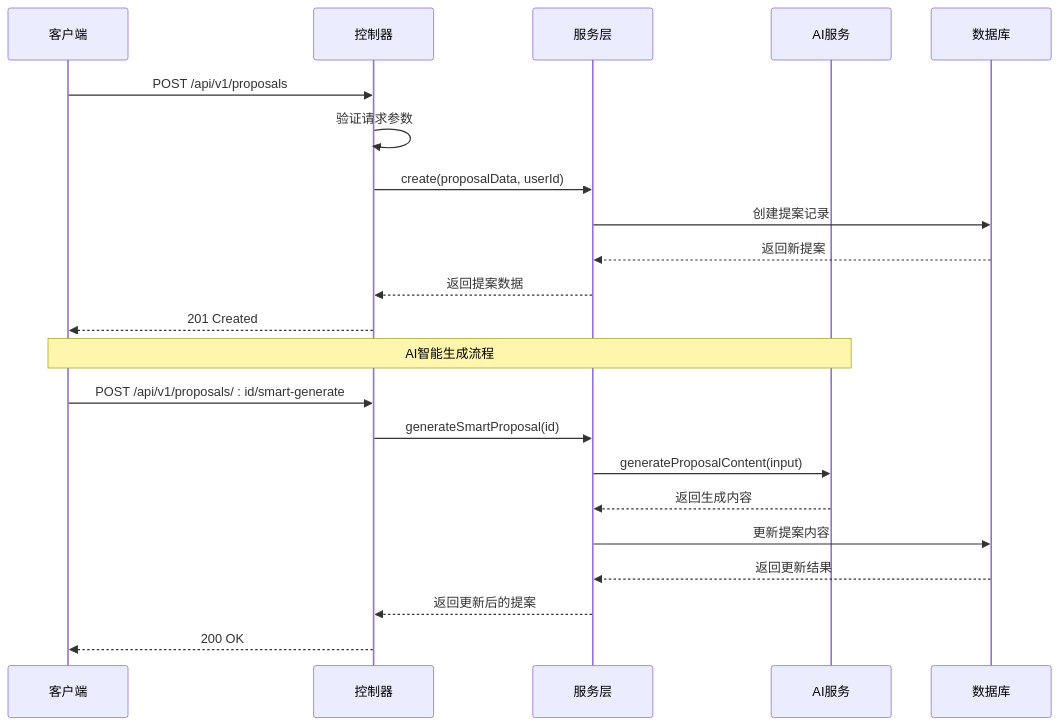
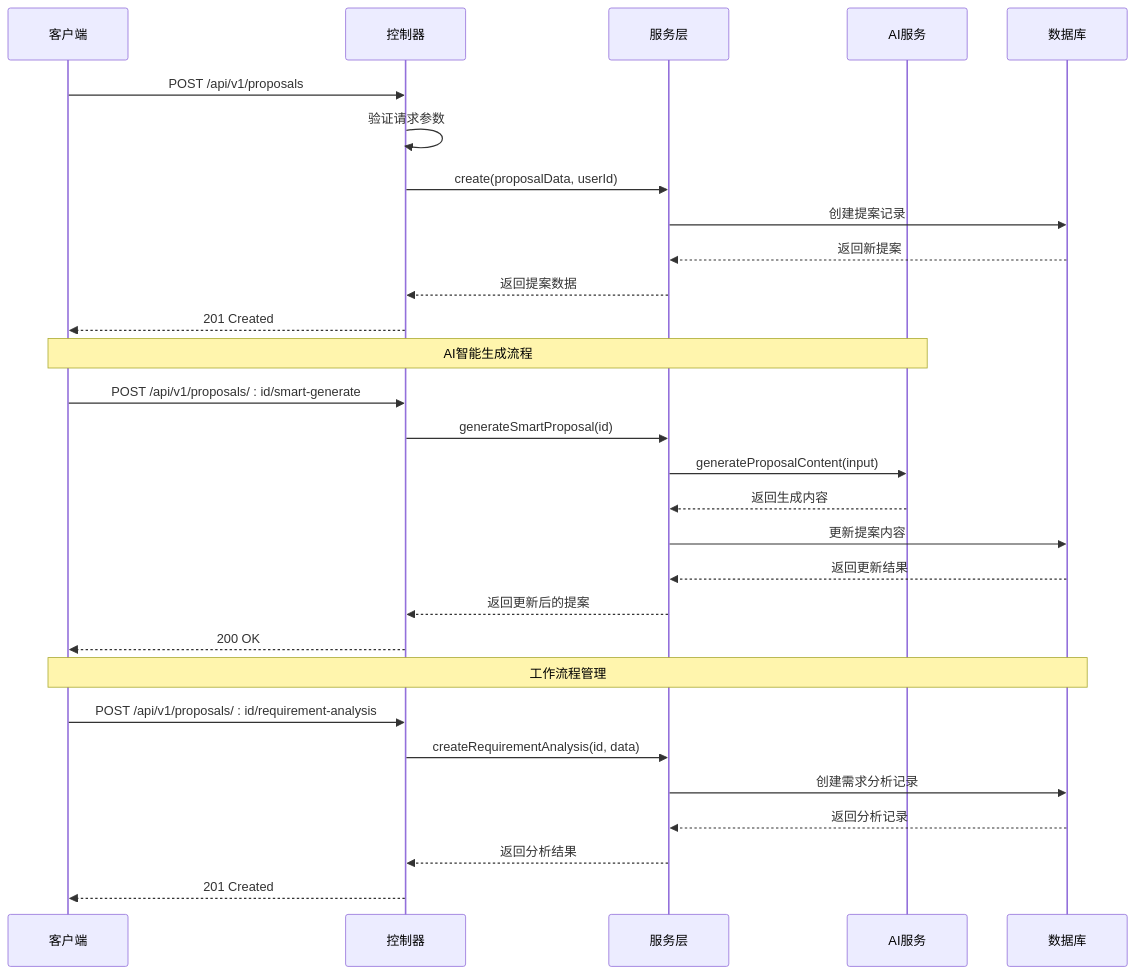
One commit to xianjianshenqu/SalesFlow-CRM changed the second of 6 diagrams in .qoder/repowiki/zh/content/Proposal Service.md. Above: the diagram before and after it, drawn with Mermaid. The commit also changed other lines of this file and 13 other files, not shown here.

````diff
--- a/.qoder/repowiki/zh/content/Proposal Service.md
+++ b/.qoder/repowiki/zh/content/Proposal Service.md
@@ -102,24 +132,31 @@
 ```mermaid
 sequenceDiagram
 participant Client as 客户端
 participant Controller as 控制器
 participant Service as 服务层
 participant AI as AI服务
 participant DB as 数据库
 Client->>Controller : POST /api/v1/proposals
 Controller->>Controller : 验证请求参数
 Controller->>Service : create(proposalData, userId)
 Service->>DB : 创建提案记录
 DB-->>Service : 返回新提案
 Service-->>Controller : 返回提案数据
 Controller-->>Client : 201 Created
 Note over Client,AI : AI智能生成流程
 Client->>Controller : POST /api/v1/proposals/ : id/smart-generate
 Controller->>Service : generateSmartProposal(id)
 Service->>AI : generateProposalContent(input)
 AI-->>Service : 返回生成内容
 Service->>DB : 更新提案内容
 DB-->>Service : 返回更新结果
 Service-->>Controller : 返回更新后的提案
 Controller-->>Client : 200 OK
+Note over Client,DB : 工作流程管理
+Client->>Controller : POST /api/v1/proposals/ : id/requirement-analysis
+Controller->>Service : createRequirementAnalysis(id, data)
+Service->>DB : 创建需求分析记录
+DB-->>Service : 返回分析记录
+Service-->>Controller : 返回分析结果
+Controller-->>Client : 201 Created
 ```
````
